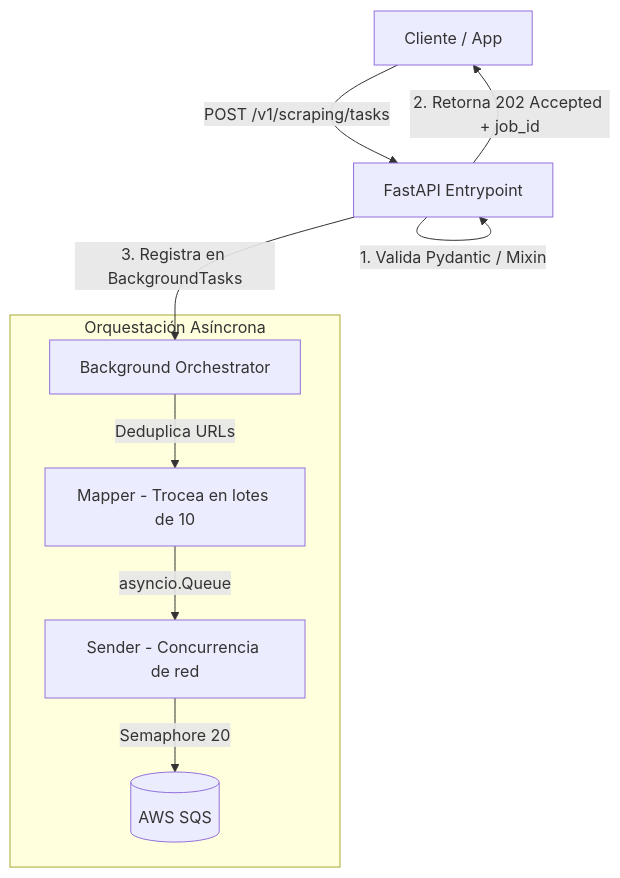
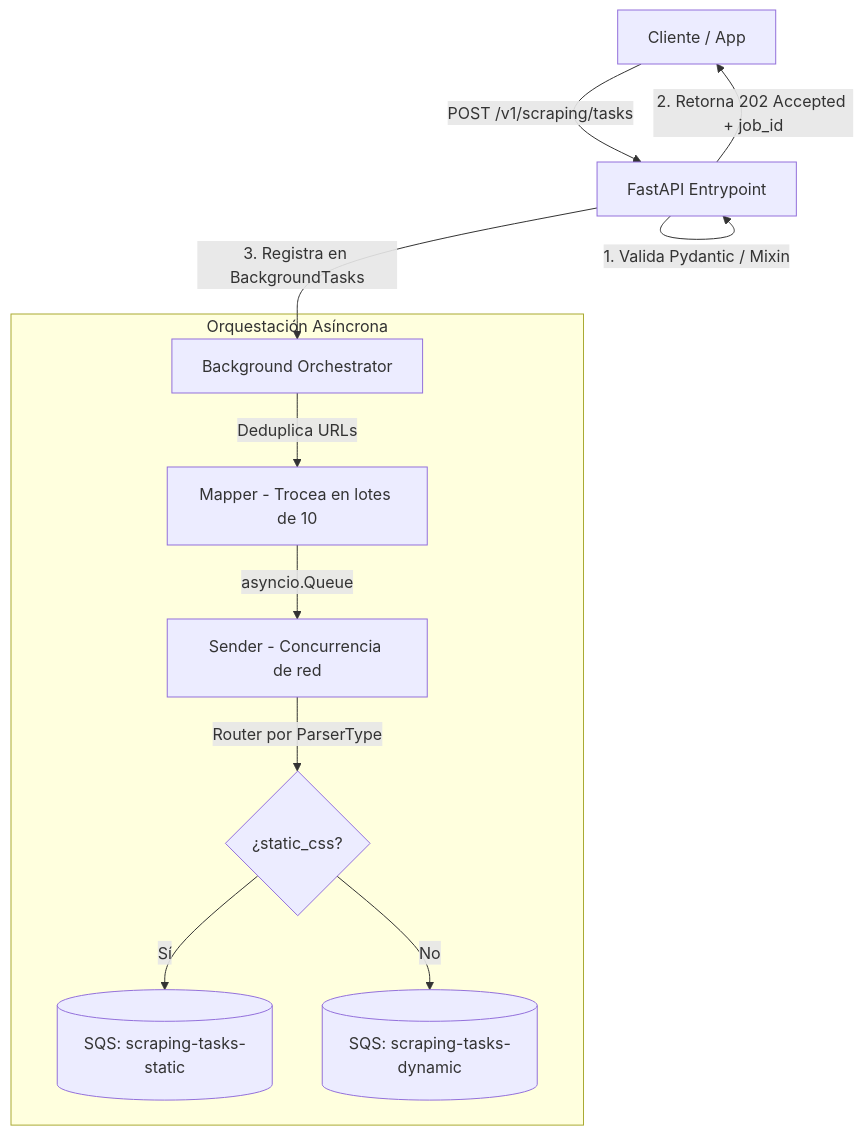
The diagram in producer/README.md (ArturoCarrilloJimenez/WebScrapingDistributed), drawn with Mermaid before and after one commit. The commit also changed other lines of this file and 4 other files, not shown here.

````diff
--- a/producer/README.md
+++ b/producer/README.md
@@ -11,13 +11,15 @@
 ```mermaid
 graph TD
     Client[Cliente / App] -->|POST /v1/scraping/tasks| API[FastAPI Entrypoint]
     API -->|1. Valida Pydantic / Mixin| API
     API -->|2. Retorna 202 Accepted + job_id| Client
     API -->|3. Registra en BackgroundTasks| BG[Background Orchestrator]
 
     subgraph Orquestación Asíncrona
         BG -->|Deduplica URLs| Map[Mapper - Trocea en lotes de 10]
         Map -->|asyncio.Queue| Send[Sender - Concurrencia de red]
-        Send -->|Semaphore 20| SQS[(AWS SQS)]
+        Send -->|Router por ParserType| Router{¿static_css?}
+        Router -->|Sí| SQSStatic[(SQS: scraping-tasks-static)]
+        Router -->|No| SQSDynamic[(SQS: scraping-tasks-dynamic)]
     end
 ```
````
